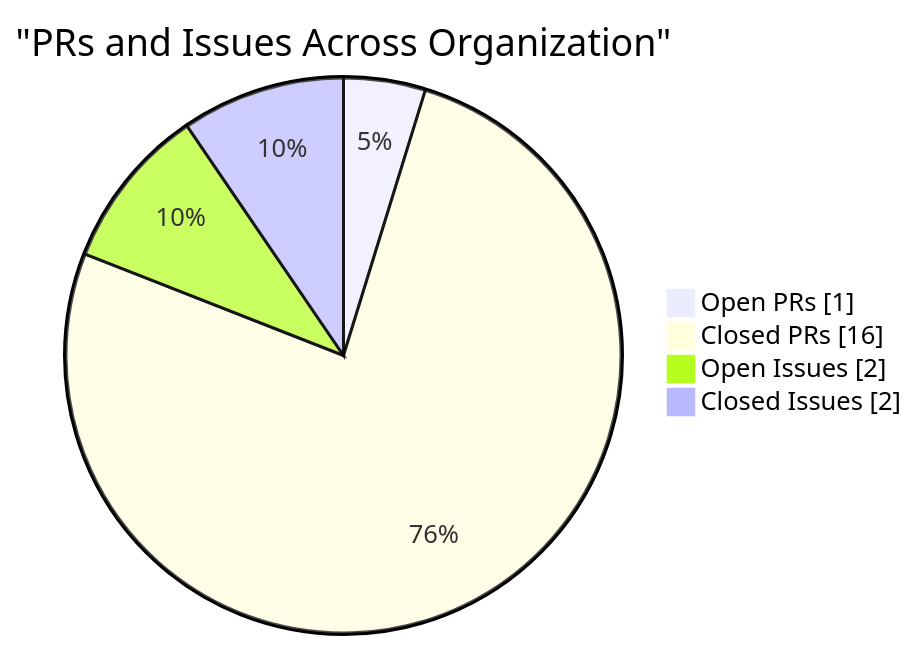
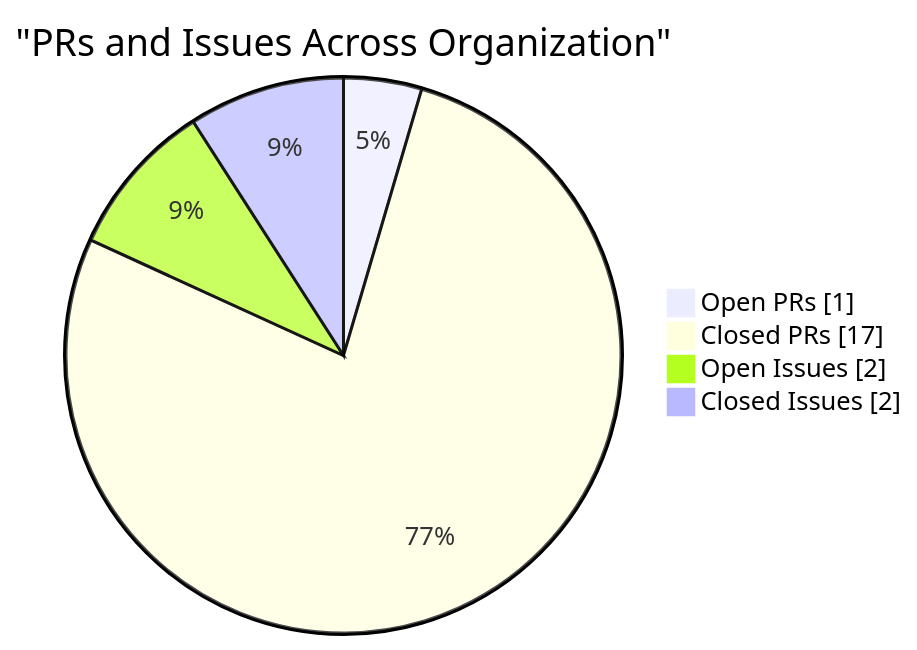
Before and after one commit to CSTH-Projects/.github: the fourth of 4 diagrams in profile/README.md, drawn with Mermaid. The commit also changed other lines of this file, not shown here.

````diff
--- a/profile/README.md
+++ b/profile/README.md
@@ -97,8 +97,8 @@
 ```mermaid
 pie showData
     title "PRs and Issues Across Organization"
     "Open PRs" : 1
-    "Closed PRs" : 16
+    "Closed PRs" : 17
     "Open Issues" : 2
     "Closed Issues" : 2
 ```
````
